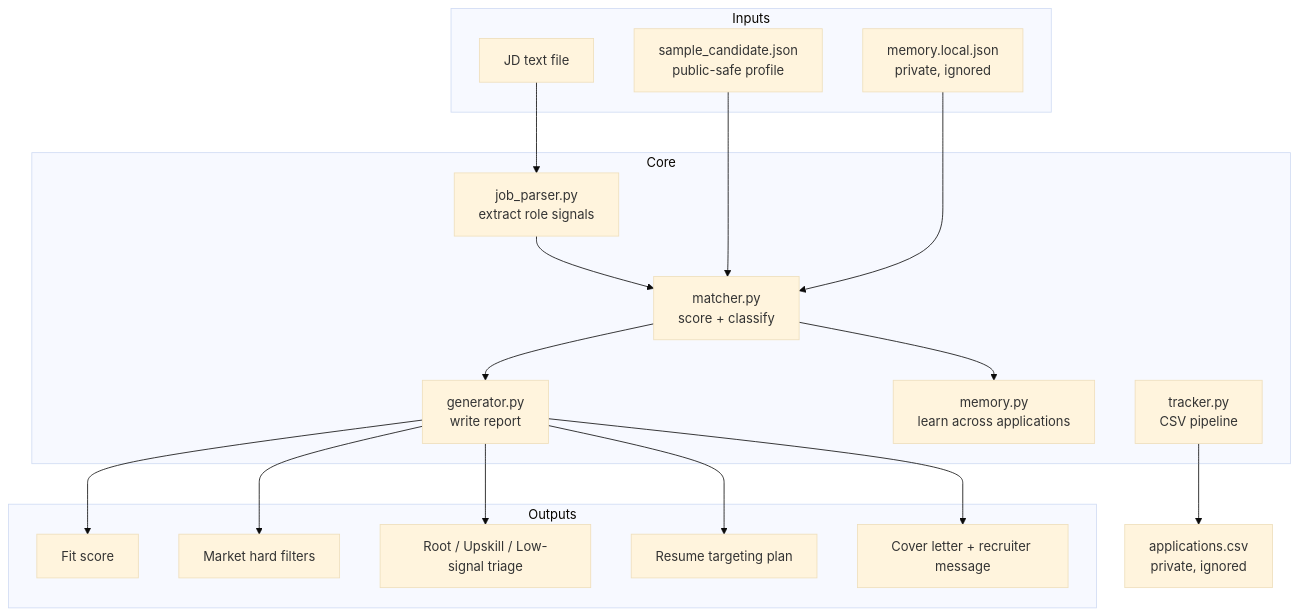
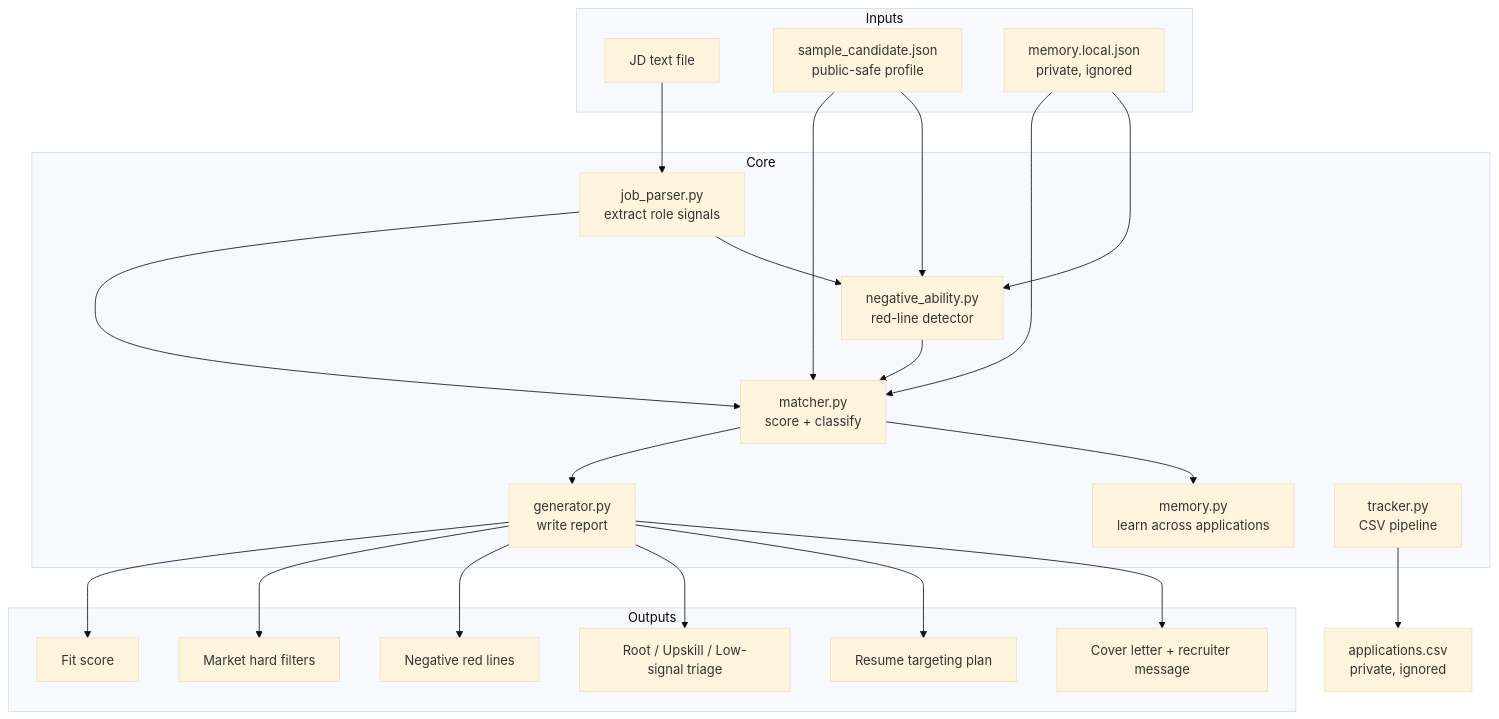
The second of 3 diagrams in README.md (RachelNongyingLi/job-search-agent), drawn with Mermaid (base theme) before and after one commit. The commit also changed other lines of this file and 14 other files, not shown here.

First line of the commit message:
Add negative ability (red-line) checks

````diff
--- a/README.md
+++ b/README.md
@@ -184,36 +212,43 @@
 ```mermaid
 flowchart TB
     subgraph Inputs
         A["JD text file"]
         B["sample_candidate.json<br/>public-safe profile"]
         C["memory.local.json<br/>private, ignored"]
     end
 
     subgraph Core
         D["job_parser.py<br/>extract role signals"]
         E["matcher.py<br/>score + classify"]
+        R["negative_ability.py<br/>red-line detector"]
         F["generator.py<br/>write report"]
         G["memory.py<br/>learn across applications"]
         H["tracker.py<br/>CSV pipeline"]
     end
 
     subgraph Outputs
         I["Fit score"]
         J["Market hard filters"]
+        R2["Negative red lines"]
         K["Root / Upskill / Low-signal triage"]
         L["Resume targeting plan"]
         M["Cover letter + recruiter message"]
     end
 
     A --> D --> E
+    D --> R
     B --> E
+    B --> R
     C --> E
+    C --> R
+    R --> E
     E --> F
     E --> G
     F --> I
     F --> J
+    F --> R2
     F --> K
     F --> L
     F --> M
     H --> N["applications.csv<br/>private, ignored"]
 ```
````
